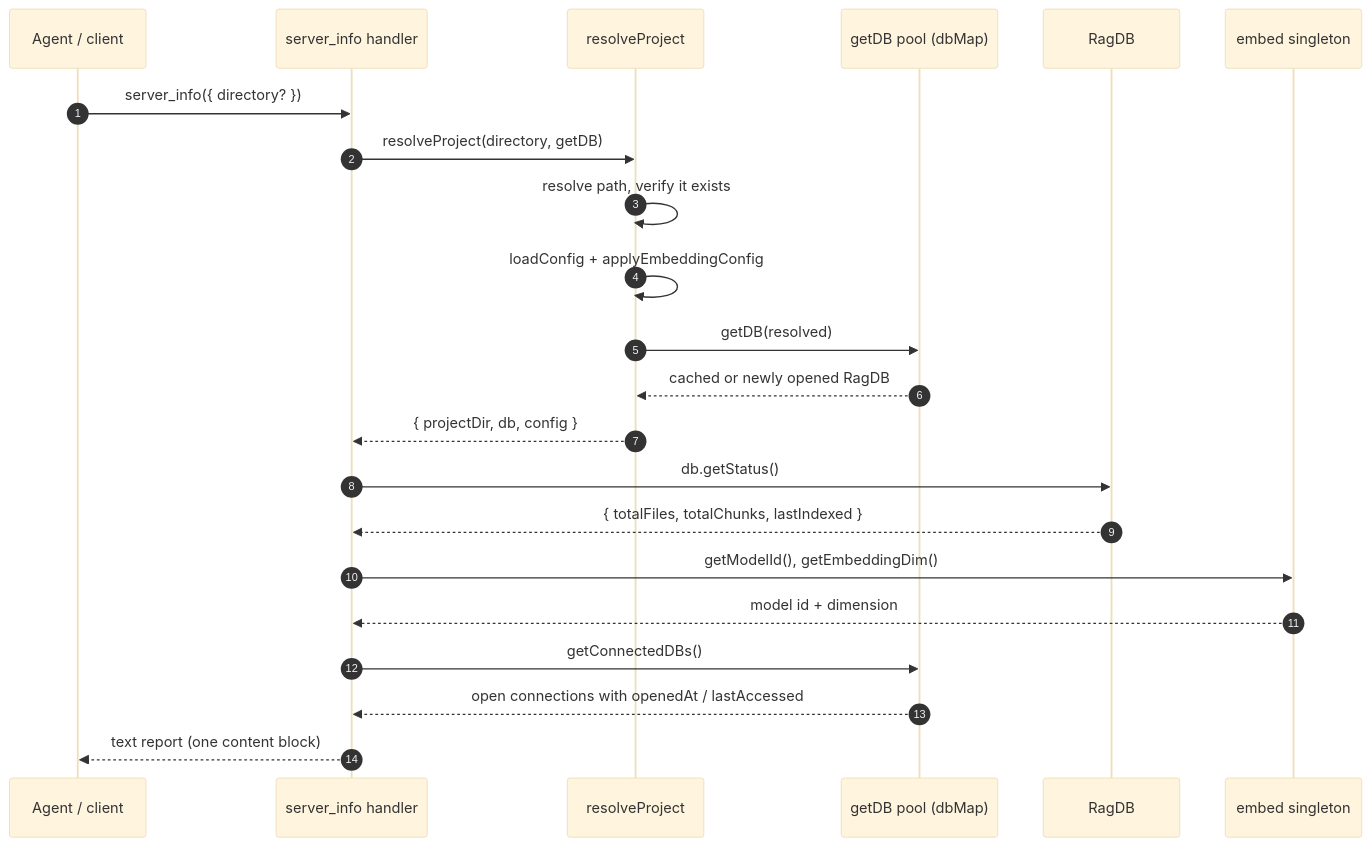
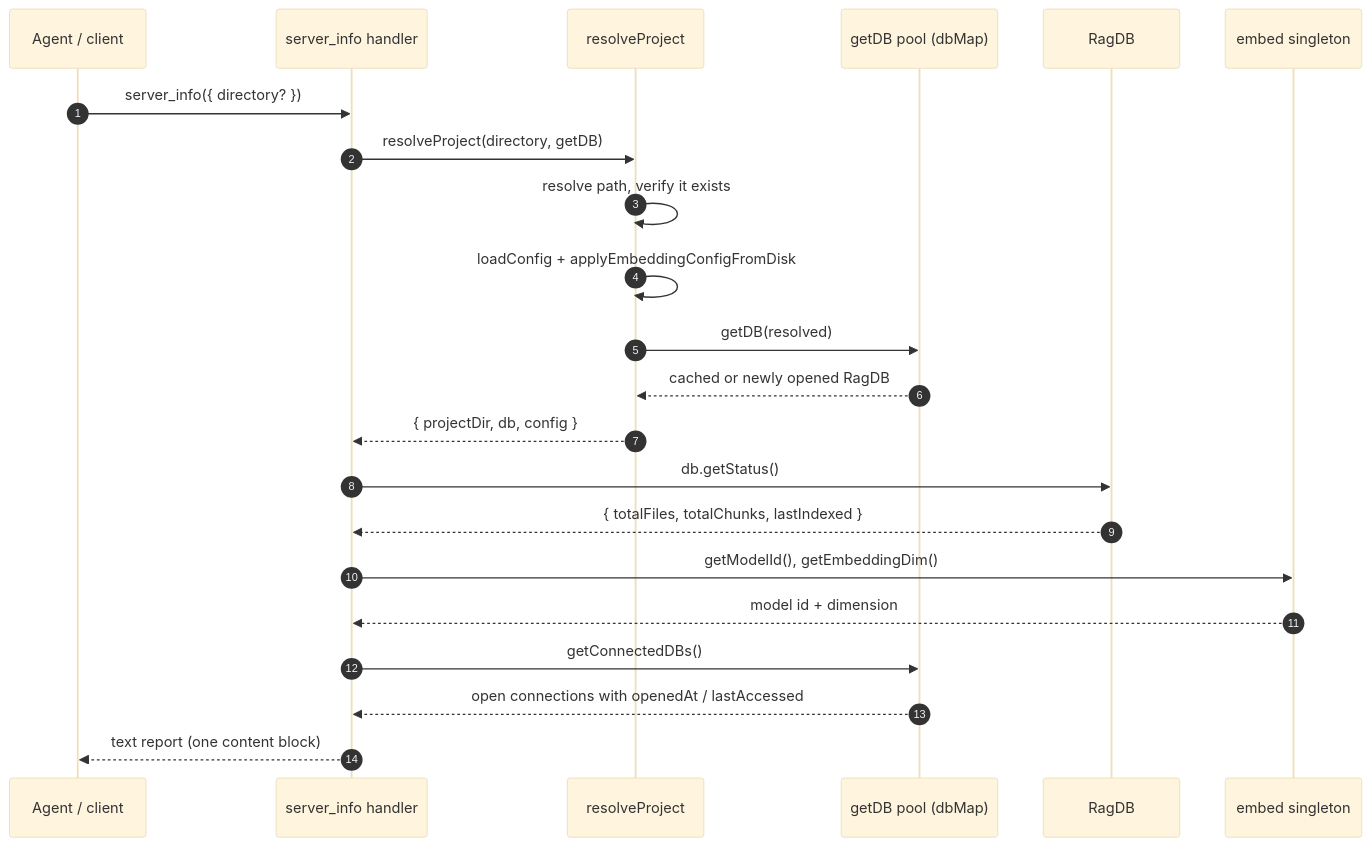
Before and after one commit to TheWinci/mimirs: the diagram in wiki/tools/server-info.md, drawn with Mermaid (base theme). The commit also changed other lines of this file and 51 other files, not shown here.

````diff
--- a/wiki/tools/server-info.md
+++ b/wiki/tools/server-info.md
@@ -41,25 +41,25 @@
 ```mermaid
 sequenceDiagram
   autonumber
   participant Caller as Agent / client
   participant Tool as server_info handler
   participant Resolve as resolveProject
   participant Pool as getDB pool (dbMap)
   participant Store as RagDB
   participant Embed as embed singleton
 
   Caller->>Tool: server_info({ directory? })
   Tool->>Resolve: resolveProject(directory, getDB)
   Resolve->>Resolve: resolve path, verify it exists
-  Resolve->>Resolve: loadConfig + applyEmbeddingConfig
+  Resolve->>Resolve: loadConfig + applyEmbeddingConfigFromDisk
   Resolve->>Pool: getDB(resolved)
   Pool-->>Resolve: cached or newly opened RagDB
   Resolve-->>Tool: { projectDir, db, config }
   Tool->>Store: db.getStatus()
   Store-->>Tool: { totalFiles, totalChunks, lastIndexed }
   Tool->>Embed: getModelId(), getEmbeddingDim()
   Embed-->>Tool: model id + dimension
   Tool->>Pool: getConnectedDBs()
   Pool-->>Tool: open connections with openedAt / lastAccessed
   Tool-->>Caller: text report (one content block)
 ```
````
